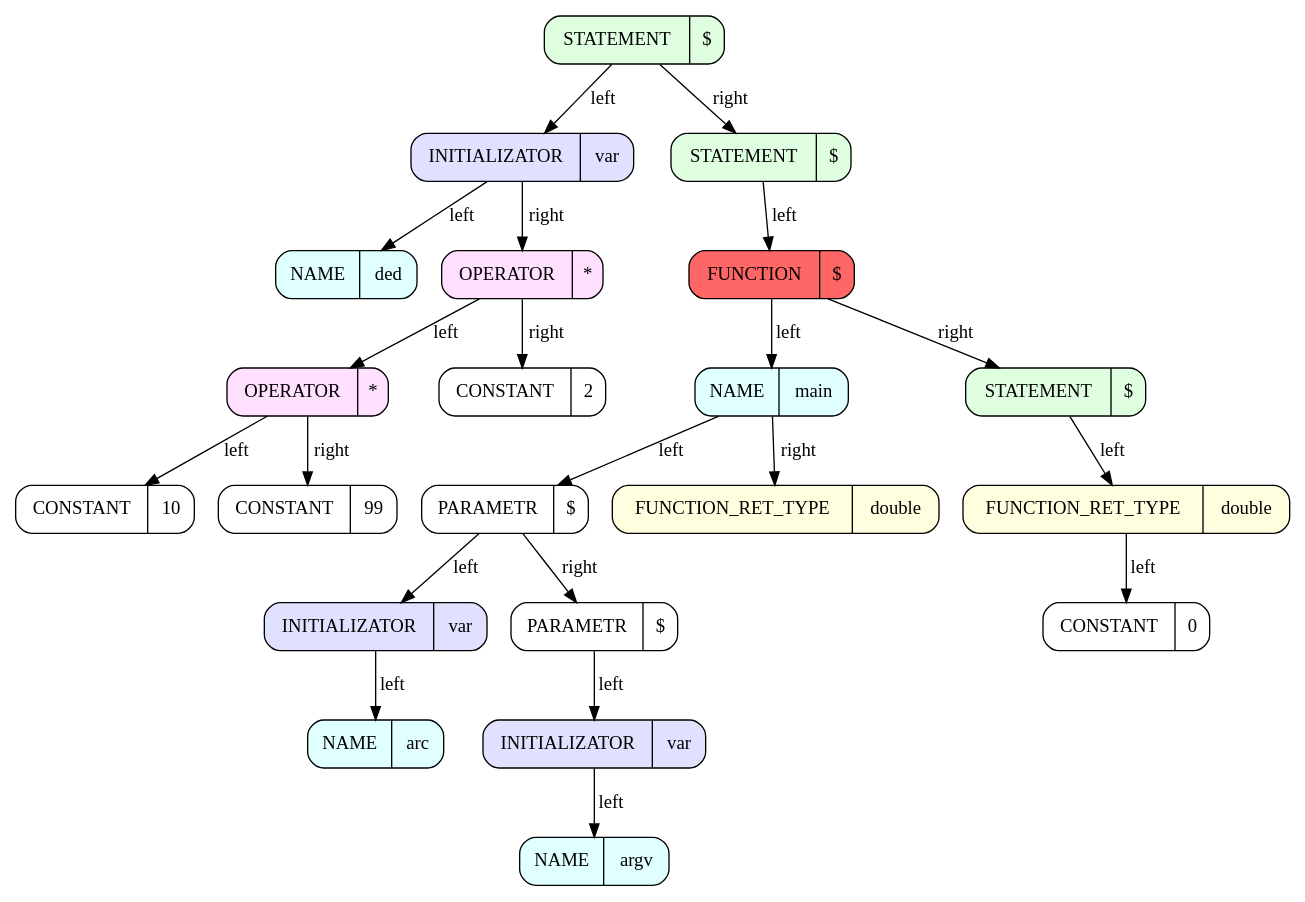
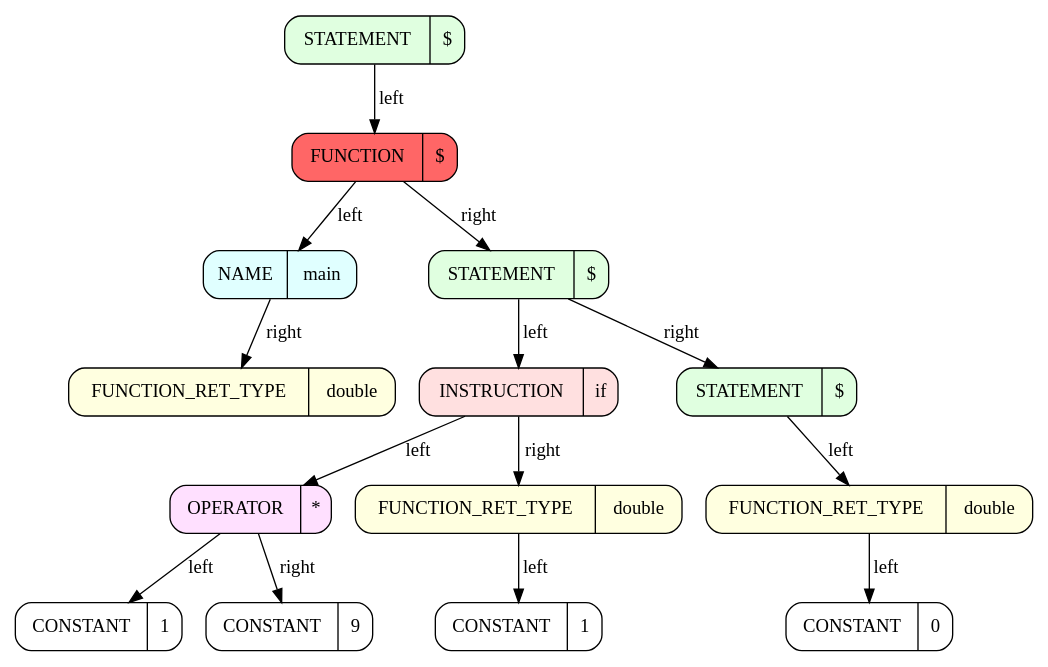
One commit to ArsenySamoylov/Asm changed the diagram in x86BackEnd/BackEnd/graphics/dot/kek_back_End.dot. Above: the diagram before and after it, drawn with Graphviz. The commit also changed 10 other files, not shown here.

```diff
--- a/x86BackEnd/BackEnd/graphics/dot/kek_back_End.dot
+++ b/x86BackEnd/BackEnd/graphics/dot/kek_back_End.dot
@@ -1,48 +1,34 @@
 ########################################################### SetDot
 digraph 
 {
 rankdir = TB # RANKDIR
-		node_0x55e3f08b3620 [style = filled, fillcolor = "#E0FFE0", shape = Mrecord label =  "STATEMENT | {$}"]
-		node_0x55e3f08b3658 [style = filled, fillcolor = "#E0E0FF", shape = Mrecord label =  "INITIALIZATOR | {var}"]
-		node_0x55e3f08b3690 [style = filled, fillcolor = "#E0FFFF", shape = Mrecord label =  "NAME | {ded}"]
-		node_0x55e3f08b3658 -> node_0x55e3f08b3690 [label = "left"]
-		node_0x55e3f08b36c8 [style = filled, fillcolor = "#FFE0FF", shape = Mrecord label =  "OPERATOR | {*}"]
-		node_0x55e3f08b3700 [style = filled, fillcolor = "#FFE0FF", shape = Mrecord label =  "OPERATOR | {*}"]
-		node_0x55e3f08b3738 [style = filled, fillcolor = "#FFFFFF", shape = Mrecord label =  "CONSTANT | {10}"]
-		node_0x55e3f08b3700 -> node_0x55e3f08b3738 [label = "left"]
-		node_0x55e3f08b3770 [style = filled, fillcolor = "#FFFFFF", shape = Mrecord label =  "CONSTANT | {99}"]
-		node_0x55e3f08b3700 -> node_0x55e3f08b3770 [label = "right"]
-		node_0x55e3f08b36c8 -> node_0x55e3f08b3700 [label = "left"]
-		node_0x55e3f08b37a8 [style = filled, fillcolor = "#FFFFFF", shape = Mrecord label =  "CONSTANT | {2}"]
-		node_0x55e3f08b36c8 -> node_0x55e3f08b37a8 [label = "right"]
-		node_0x55e3f08b3658 -> node_0x55e3f08b36c8 [label = "right"]
-		node_0x55e3f08b3620 -> node_0x55e3f08b3658 [label = "left"]
-		node_0x55e3f08b37e0 [style = filled, fillcolor = "#E0FFE0", shape = Mrecord label =  "STATEMENT | {$}"]
-		node_0x55e3f08b3818 [style = filled, fillcolor = "#FF6666", shape = Mrecord label =  "FUNCTION | {$}"]
-		node_0x55e3f08b3850 [style = filled, fillcolor = "#E0FFFF", shape = Mrecord label =  "NAME | {main}"]
-		node_0x55e3f08b3888 [style = filled, fillcolor = "#FFFFFF", shape = Mrecord label =  "PARAMETR | {$}"]
-		node_0x55e3f08b38c0 [style = filled, fillcolor = "#E0E0FF", shape = Mrecord label =  "INITIALIZATOR | {var}"]
-		node_0x55e3f08b38f8 [style = filled, fillcolor = "#E0FFFF", shape = Mrecord label =  "NAME | {arc}"]
-		node_0x55e3f08b38c0 -> node_0x55e3f08b38f8 [label = "left"]
-		node_0x55e3f08b3888 -> node_0x55e3f08b38c0 [label = "left"]
-		node_0x55e3f08b3930 [style = filled, fillcolor = "#FFFFFF", shape = Mrecord label =  "PARAMETR | {$}"]
-		node_0x55e3f08b3968 [style = filled, fillcolor = "#E0E0FF", shape = Mrecord label =  "INITIALIZATOR | {var}"]
-		node_0x55e3f08b39a0 [style = filled, fillcolor = "#E0FFFF", shape = Mrecord label =  "NAME | {argv}"]
-		node_0x55e3f08b3968 -> node_0x55e3f08b39a0 [label = "left"]
-		node_0x55e3f08b3930 -> node_0x55e3f08b3968 [label = "left"]
-		node_0x55e3f08b3888 -> node_0x55e3f08b3930 [label = "right"]
-		node_0x55e3f08b3850 -> node_0x55e3f08b3888 [label = "left"]
-		node_0x55e3f08b39d8 [style = filled, fillcolor = "#FFFFE0", shape = Mrecord label =  "FUNCTION_RET_TYPE | {double}"]
-		node_0x55e3f08b3850 -> node_0x55e3f08b39d8 [label = "right"]
-		node_0x55e3f08b3818 -> node_0x55e3f08b3850 [label = "left"]
-		node_0x55e3f08b3a10 [style = filled, fillcolor = "#E0FFE0", shape = Mrecord label =  "STATEMENT | {$}"]
-		node_0x55e3f08b3a48 [style = filled, fillcolor = "#FFFFE0", shape = Mrecord label =  "FUNCTION_RET_TYPE | {double}"]
-		node_0x55e3f08b3a80 [style = filled, fillcolor = "#FFFFFF", shape = Mrecord label =  "CONSTANT | {0}"]
-		node_0x55e3f08b3a48 -> node_0x55e3f08b3a80 [label = "left"]
-		node_0x55e3f08b3a10 -> node_0x55e3f08b3a48 [label = "left"]
-		node_0x55e3f08b3818 -> node_0x55e3f08b3a10 [label = "right"]
-		node_0x55e3f08b37e0 -> node_0x55e3f08b3818 [label = "left"]
-		node_0x55e3f08b3620 -> node_0x55e3f08b37e0 [label = "right"]
+		node_0x55652810a4d0 [style = filled, fillcolor = "#E0FFE0", shape = Mrecord label =  "STATEMENT | {$}"]
+		node_0x55652810a508 [style = filled, fillcolor = "#FF6666", shape = Mrecord label =  "FUNCTION | {$}"]
+		node_0x55652810a540 [style = filled, fillcolor = "#E0FFFF", shape = Mrecord label =  "NAME | {main}"]
+		node_0x55652810a578 [style = filled, fillcolor = "#FFFFE0", shape = Mrecord label =  "FUNCTION_RET_TYPE | {double}"]
+		node_0x55652810a540 -> node_0x55652810a578 [label = "right"]
+		node_0x55652810a508 -> node_0x55652810a540 [label = "left"]
+		node_0x55652810a5b0 [style = filled, fillcolor = "#E0FFE0", shape = Mrecord label =  "STATEMENT | {$}"]
+		node_0x55652810a5e8 [style = filled, fillcolor = "#FFE0E0", shape = Mrecord label =  "INSTRUCTION | {if}"]
+		node_0x55652810a620 [style = filled, fillcolor = "#FFE0FF", shape = Mrecord label =  "OPERATOR | {*}"]
+		node_0x55652810a658 [style = filled, fillcolor = "#FFFFFF", shape = Mrecord label =  "CONSTANT | {1}"]
+		node_0x55652810a620 -> node_0x55652810a658 [label = "left"]
+		node_0x55652810a690 [style = filled, fillcolor = "#FFFFFF", shape = Mrecord label =  "CONSTANT | {9}"]
+		node_0x55652810a620 -> node_0x55652810a690 [label = "right"]
+		node_0x55652810a5e8 -> node_0x55652810a620 [label = "left"]
+		node_0x55652810a6c8 [style = filled, fillcolor = "#FFFFE0", shape = Mrecord label =  "FUNCTION_RET_TYPE | {double}"]
+		node_0x55652810a700 [style = filled, fillcolor = "#FFFFFF", shape = Mrecord label =  "CONSTANT | {1}"]
+		node_0x55652810a6c8 -> node_0x55652810a700 [label = "left"]
+		node_0x55652810a5e8 -> node_0x55652810a6c8 [label = "right"]
+		node_0x55652810a5b0 -> node_0x55652810a5e8 [label = "left"]
+		node_0x55652810a738 [style = filled, fillcolor = "#E0FFE0", shape = Mrecord label =  "STATEMENT | {$}"]
+		node_0x55652810a770 [style = filled, fillcolor = "#FFFFE0", shape = Mrecord label =  "FUNCTION_RET_TYPE | {double}"]
+		node_0x55652810a7a8 [style = filled, fillcolor = "#FFFFFF", shape = Mrecord label =  "CONSTANT | {0}"]
+		node_0x55652810a770 -> node_0x55652810a7a8 [label = "left"]
+		node_0x55652810a738 -> node_0x55652810a770 [label = "left"]
+		node_0x55652810a5b0 -> node_0x55652810a738 [label = "right"]
+		node_0x55652810a508 -> node_0x55652810a5b0 [label = "right"]
+		node_0x55652810a4d0 -> node_0x55652810a508 [label = "left"]
 ########################################################### SetEndDot
 
 }
```
